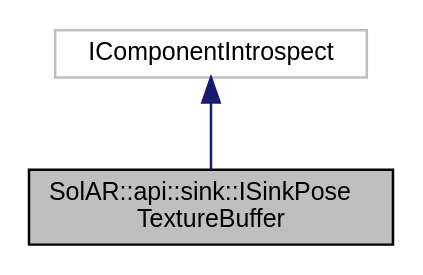
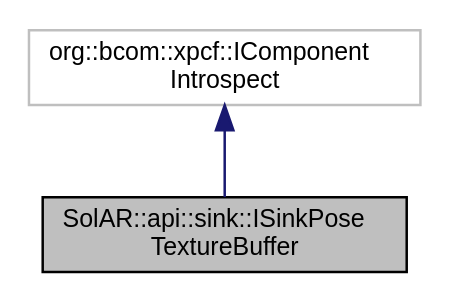
The diagram in api_documentation/class_sol_a_r_1_1api_1_1sink_1_1_i_sink_pose_texture_buffer__inherit__graph.dot (SolarFramework/solarframework.github.io), drawn with Graphviz before and after one commit. The commit also changed 1012 other files, not shown here.

```diff
--- a/api_documentation/class_sol_a_r_1_1api_1_1sink_1_1_i_sink_pose_texture_buffer__inherit__graph.dot
+++ b/api_documentation/class_sol_a_r_1_1api_1_1sink_1_1_i_sink_pose_texture_buffer__inherit__graph.dot
@@ -1,8 +1,9 @@
 digraph "SolAR::api::sink::ISinkPoseTextureBuffer"
 {
+ // LATEX_PDF_SIZE
   edge [fontname="Helvetica",fontsize="10",labelfontname="Helvetica",labelfontsize="10"];
   node [fontname="Helvetica",fontsize="10",shape=record];
-  Node0 [label="SolAR::api::sink::ISinkPose\lTextureBuffer",height=0.2,width=0.4,color="black", fillcolor="grey75", style="filled", fontcolor="black"];
-  Node1 -> Node0 [dir="back",color="midnightblue",fontsize="10",style="solid",fontname="Helvetica"];
-  Node1 [label="IComponentIntrospect",height=0.2,width=0.4,color="grey75", fillcolor="white", style="filled"];
+  Node1 [label="SolAR::api::sink::ISinkPose\lTextureBuffer",height=0.2,width=0.4,color="black", fillcolor="grey75", style="filled", fontcolor="black",tooltip="A Sink for a synchronized pose and texture buffer useful for AR video see-through pipelines...."];
+  Node2 -> Node1 [dir="back",color="midnightblue",fontsize="10",style="solid",fontname="Helvetica"];
+  Node2 [label="org::bcom::xpcf::IComponent\lIntrospect",height=0.2,width=0.4,color="grey75", fillcolor="white", style="filled",tooltip=" "];
 }
```
